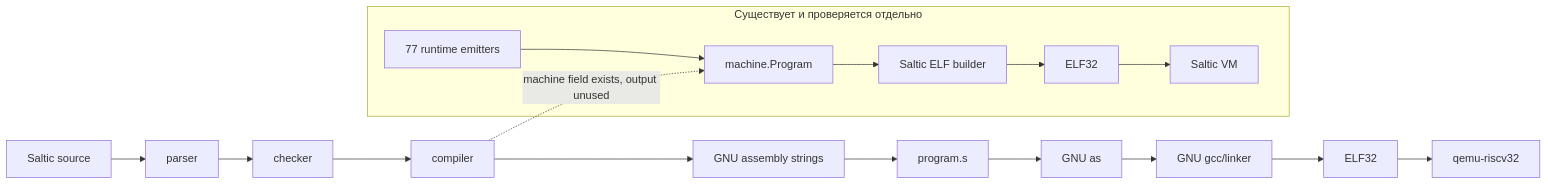
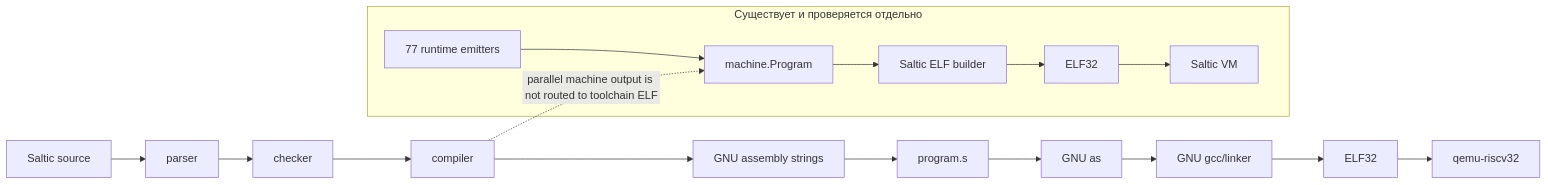
Before and after one commit to zephyr-m/saltic: the diagram in обзор от дипсика.md, drawn with Mermaid. The commit also changed other lines of this file and 24 other files, not shown here.

````diff
--- a/обзор от дипсика.md
+++ b/обзор от дипсика.md
@@ -280,21 +260,21 @@
 ```mermaid
 flowchart LR
     SRC[Saltic source] --> PARSER[parser]
     PARSER --> CHECKER[checker]
     CHECKER --> COMPILER[compiler]
     COMPILER --> STRINGS[GNU assembly strings]
     STRINGS --> SFILE[program.s]
     SFILE --> AS[GNU as]
     AS --> GCC[GNU gcc/linker]
     GCC --> ELF[ELF32]
     ELF --> QEMU[qemu-riscv32]
 
     subgraph MACHINE[Существует и проверяется отдельно]
         EMIT[77 runtime emitters] --> PROGRAM[machine.Program]
         PROGRAM --> IMAGE[Saltic ELF builder]
         IMAGE --> OWNELF[ELF32]
         OWNELF --> VM[Saltic VM]
     end
 
-    COMPILER -. machine field exists, output unused .-> PROGRAM
+    COMPILER -. parallel machine output is not routed to toolchain ELF .-> PROGRAM
 ```
````
